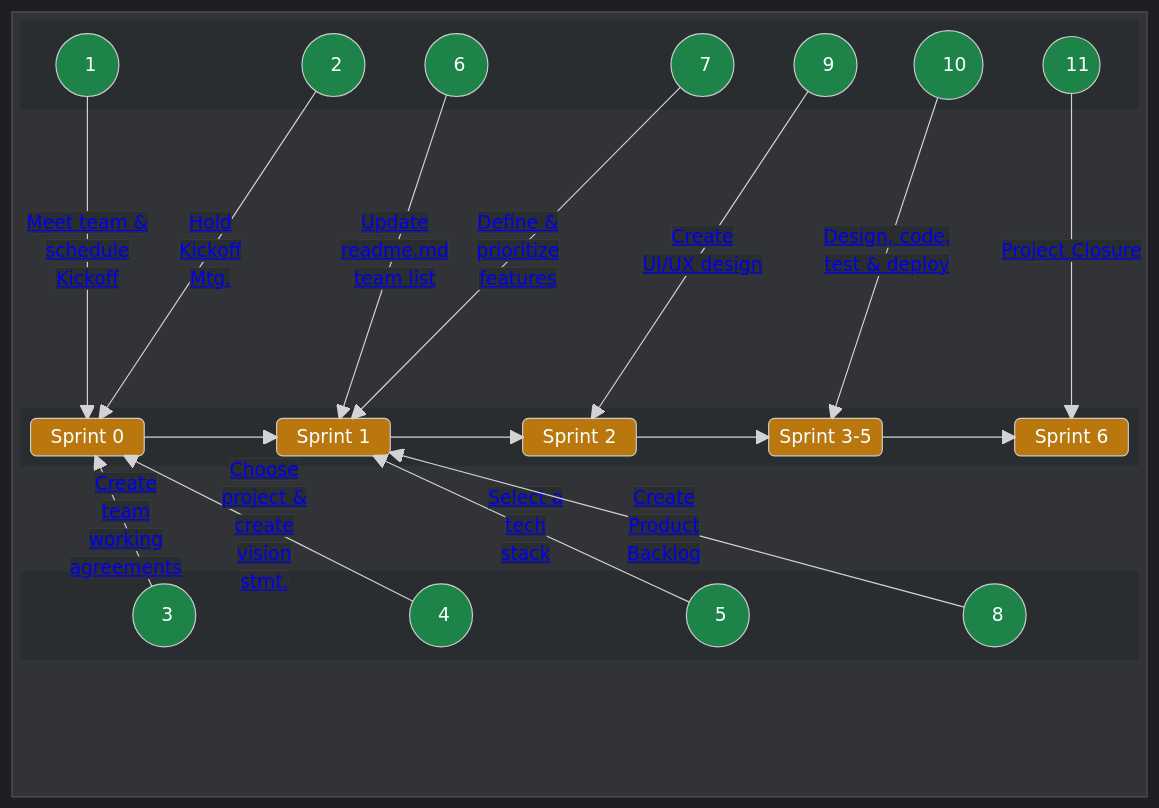
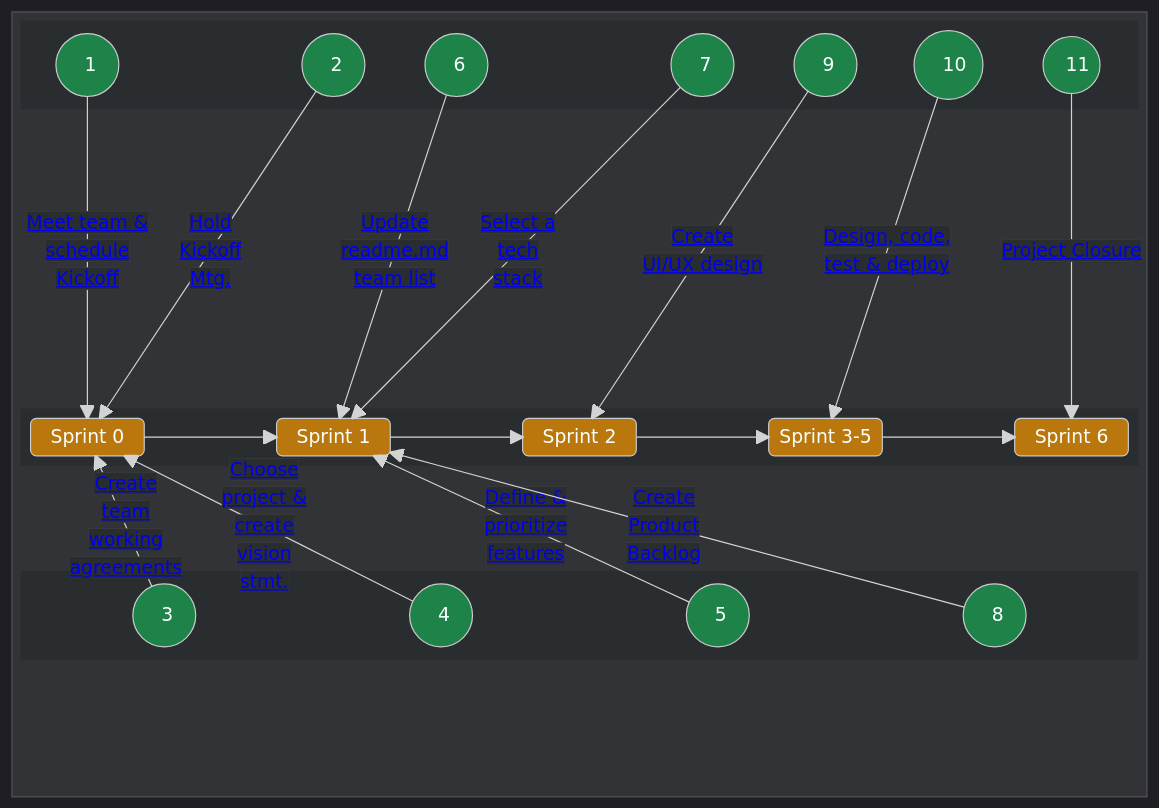
One commit to chingu-voyages/Handbook changed the first of 2 diagrams in docs/guides/voyage/voyage.md. Above: the diagram before and after it, drawn with Mermaid.

Commit message:
Feature: Update sprint diagram task ordering

```diff
--- a/docs/guides/voyage/voyage.md
+++ b/docs/guides/voyage/voyage.md
@@ -110,9 +110,9 @@
       A2 -- "<a style="background-color:#292d30" href="https://github.com/chingu-voyages/Handbook/blob/main/docs/guides/voyage/voyage.md#2-conduct-kickoff-meeting-">Hold</br>Kickoff</br>Mtg.</a>" --> SPRINT0
       A3 -- "<a style="background-color:#292d30" href="https://github.com/chingu-voyages/Handbook/blob/main/docs/guides/voyage/voyage.md#3-setup-your-teams-working-agreements-">Create</br>team</br>working</br>agreements</a>" --> SPRINT0
       A4 -- "<a style="background-color:#292d30" href="https://github.com/chingu-voyages/Handbook/blob/main/docs/guides/voyage/voyage.md#4-choose-a-project--create-a-vision-statement-">Choose</br>project &</br>create</br>vision</br>stmt.</a>" --> SPRINT0
-      A5 -- "<a style="background-color:#292d30" href="https://github.com/chingu-voyages/Handbook/blob/main/docs/guides/voyage/voyage.md#5-select-a-tech-stack">Select a</br>tech</br>stack</a>" --> SPRINT1
+      A5 -- "<a style="background-color:#292d30" href="https://github.com/chingu-voyages/Handbook/blob/main/docs/guides/voyage/voyage.md#7-define--prioritize-mvp-features-">Define &</br>prioritize</br>features</a>" --> SPRINT1
       A6 -- "<a style="background-color:#292d30" href="https://github.com/chingu-voyages/Handbook/blob/main/docs/guides/voyage/voyage.md#6-add-your-info-to-the-team-list-in-your-readmemd-%EF%B8%8F">Update</br>readme.md</br>team list<a/>" --> SPRINT1
-      A7 -- "<a style="background-color:#292d30" href="https://github.com/chingu-voyages/Handbook/blob/main/docs/guides/voyage/voyage.md#7-define--prioritize-mvp-features-">Define &</br>prioritize</br>features</a>" --> SPRINT1
+      A7 -- "<a style="background-color:#292d30" href="https://github.com/chingu-voyages/Handbook/blob/main/docs/guides/voyage/voyage.md#5-select-a-tech-stack">Select a</br>tech</br>stack</a>" --> SPRINT1
       A8 -- "<a style="background-color:#292d30" href="https://github.com/chingu-voyages/Handbook/blob/main/docs/guides/voyage/voyage.md#8-setup-product-backlog-">Create</br>Product</br>Backlog</a>" --> SPRINT1
       A9 -- "<a style="background-color:#292d30" href="https://github.com/chingu-voyages/Handbook/blob/main/docs/guides/voyage/voyage.md#9-create-a-low-fidelity-wireframe-%EF%B8%8F">Create</br>UI/UX design</a>" --> SPRINT2
       A10 -- "<a style="background-color:#292d30" href="https://github.com/chingu-voyages/Handbook/blob/main/docs/guides/voyage/voyage.md#10-sprint-3-5---reaching-your-mvp-">Design, code,</br>test & deploy</a>" --> SPRINTS35
```
